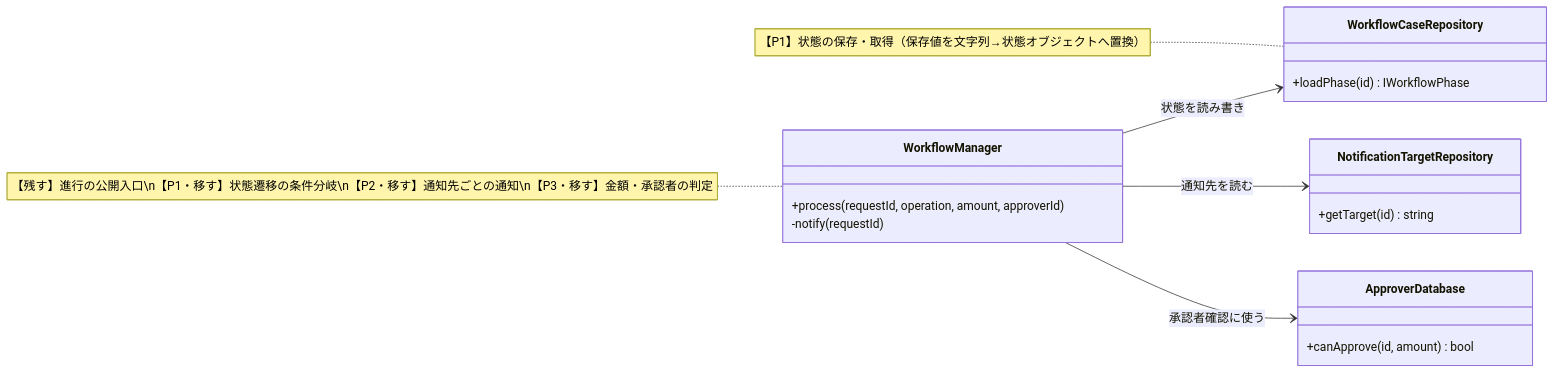
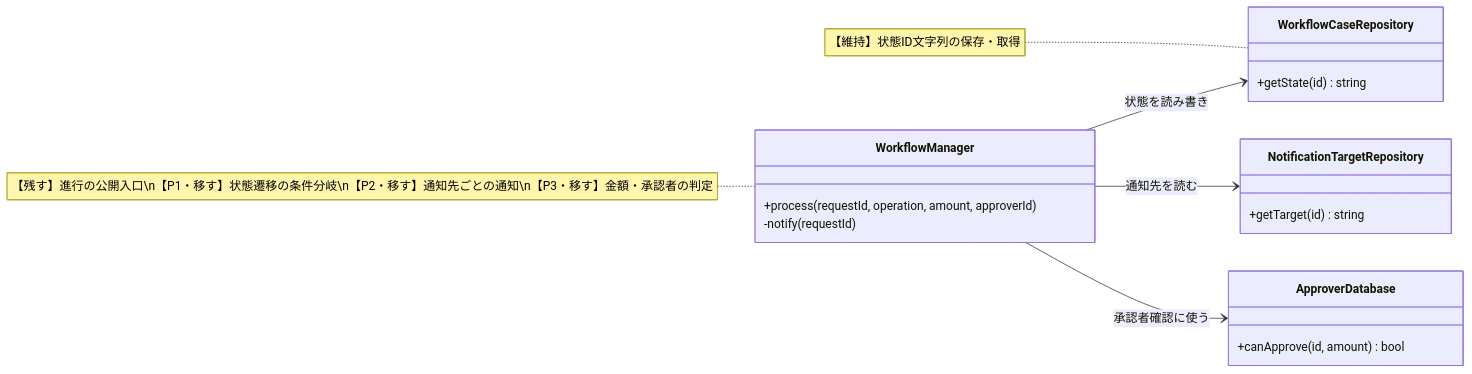
Before and after one commit to kumachan1101-pixel/DesignPattern: the tenth of 17 diagrams in kindle/design-patterns/output/chapter12.md, drawn with Mermaid. The commit also changed other lines of this file and 18 other files, not shown here.

````diff
--- a/kindle/design-patterns/output/chapter12.md
+++ b/kindle/design-patterns/output/chapter12.md
@@ -1113,20 +1118,20 @@
 ```mermaid
 classDiagram
     direction LR
     class WorkflowManager {
         +process(requestId, operation, amount, approverId)
         -notify(requestId)
     }
-    class WorkflowCaseRepository { +loadPhase(id) IWorkflowPhase }
+    class WorkflowCaseRepository { +getState(id) string }
     class NotificationTargetRepository { +getTarget(id) string }
     class ApproverDatabase { +canApprove(id, amount) bool }
     WorkflowManager --> WorkflowCaseRepository : 状態を読み書き
     WorkflowManager --> NotificationTargetRepository : 通知先を読む
     WorkflowManager --> ApproverDatabase : 承認者確認に使う
 
     note for WorkflowManager "【残す】進行の公開入口\n【P1・移す】状態遷移の条件分岐\n【P2・移す】通知先ごとの通知\n【P3・移す】金額・承認者の判定"
-    note for WorkflowCaseRepository "【P1】状態の保存・取得（保存値を文字列→状態オブジェクトへ置換）"
+    note for WorkflowCaseRepository "【維持】状態ID文字列の保存・取得"
 
     classDef focus fill:#FFF2CC,stroke:#D6B656,stroke-width:2px,color:#222222
     cssClass "WorkflowManager" focus
 ```
````
